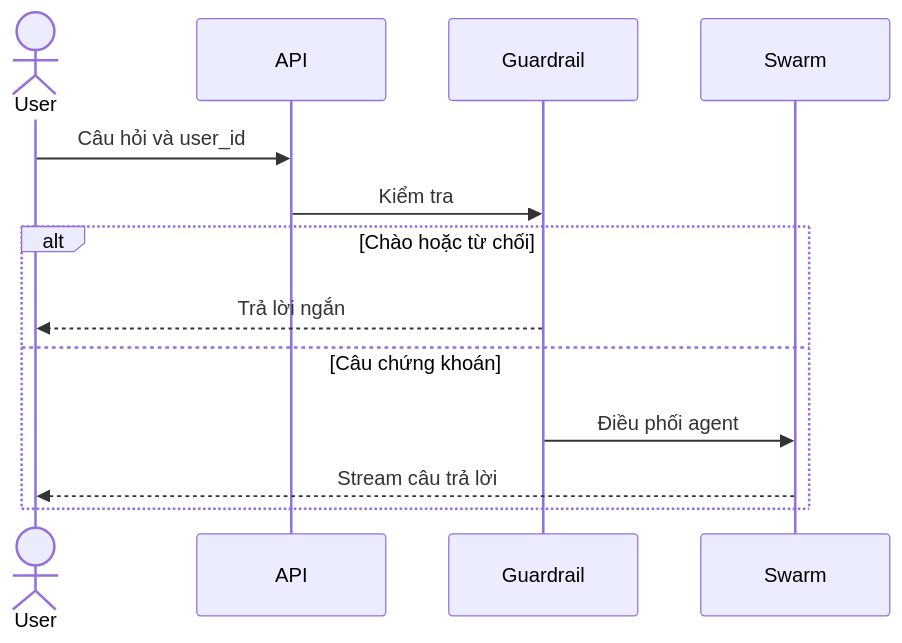
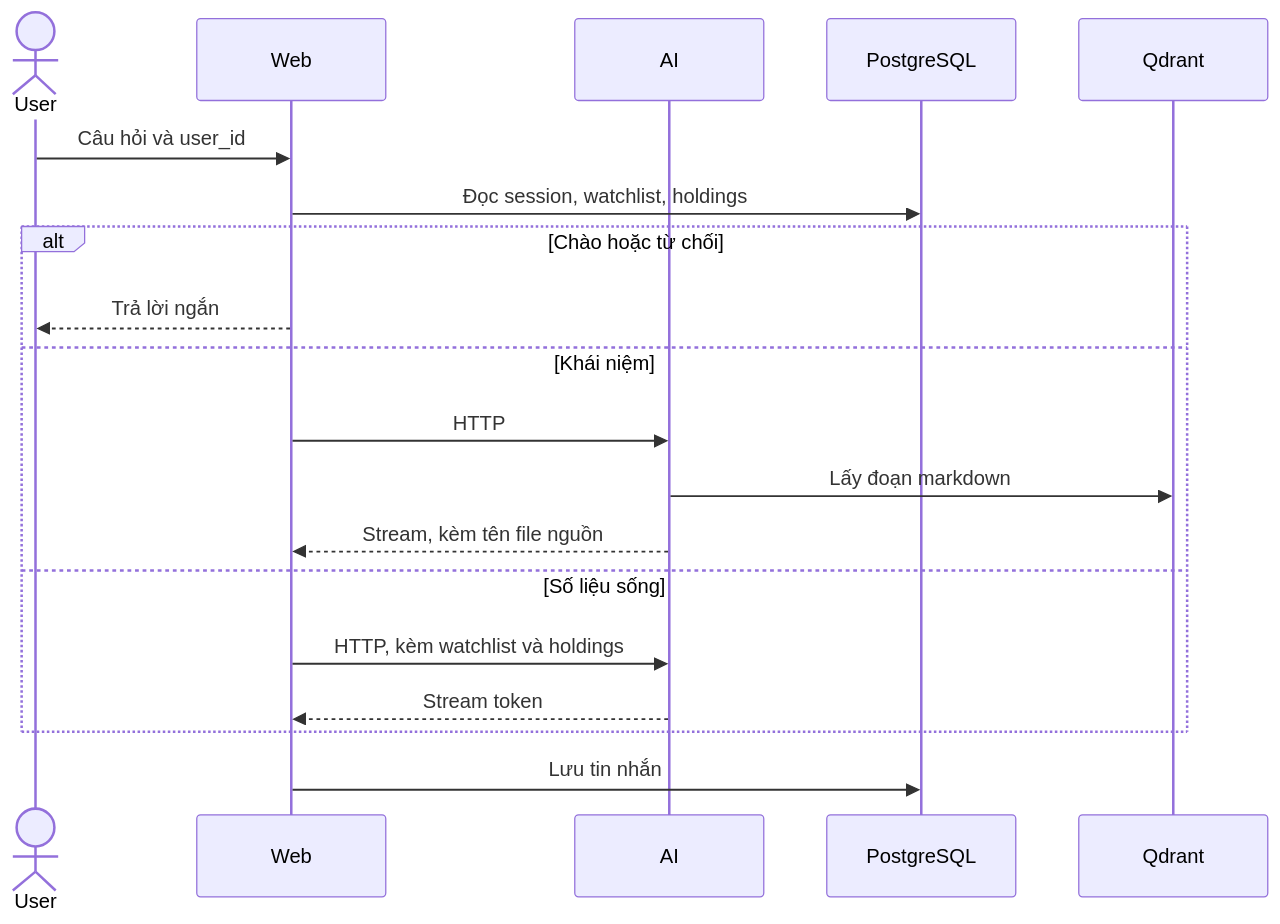
Before and after one commit to Anodis108/Agent_Stock: the diagram in specs/product-spec.md, drawn with Mermaid. The commit also changed other lines of this file and 66 other files, not shown here.

Commit message:
feat(backend): consolidate backend structure, add postgresql runtime support, and finalize dual-service architecture

````diff
--- a/specs/product-spec.md
+++ b/specs/product-spec.md
@@ -32,15 +31,21 @@
 ```mermaid
 sequenceDiagram
     actor User
-    participant API
-    participant Guardrail
-    participant Swarm
-    User->>API: Câu hỏi và user_id
-    API->>Guardrail: Kiểm tra
+    participant Web
+    participant AI
+    participant DB as PostgreSQL
+    participant Q as Qdrant
+    User->>Web: Câu hỏi và user_id
+    Web->>DB: Đọc session, watchlist, holdings
     alt Chào hoặc từ chối
-        Guardrail-->>User: Trả lời ngắn
-    else Câu chứng khoán
-        Guardrail->>Swarm: Điều phối agent
-        Swarm-->>User: Stream câu trả lời
+        Web-->>User: Trả lời ngắn
+    else Khái niệm
+        Web->>AI: HTTP
+        AI->>Q: Lấy đoạn markdown
+        AI-->>Web: Stream, kèm tên file nguồn
+    else Số liệu sống
+        Web->>AI: HTTP, kèm watchlist và holdings
+        AI-->>Web: Stream token
     end
+    Web->>DB: Lưu tin nhắn
 ```
````
